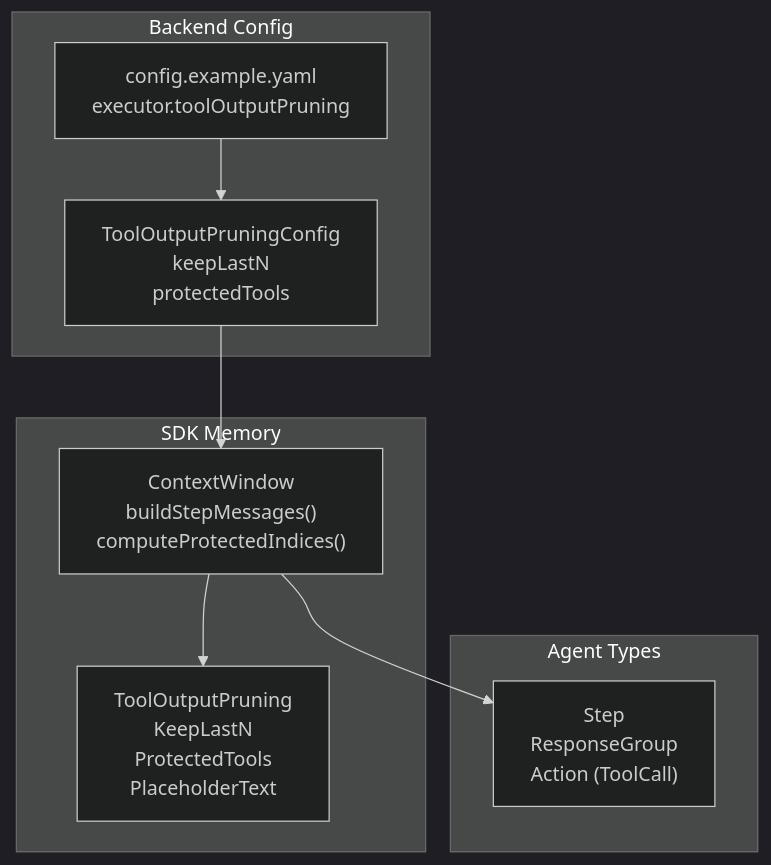
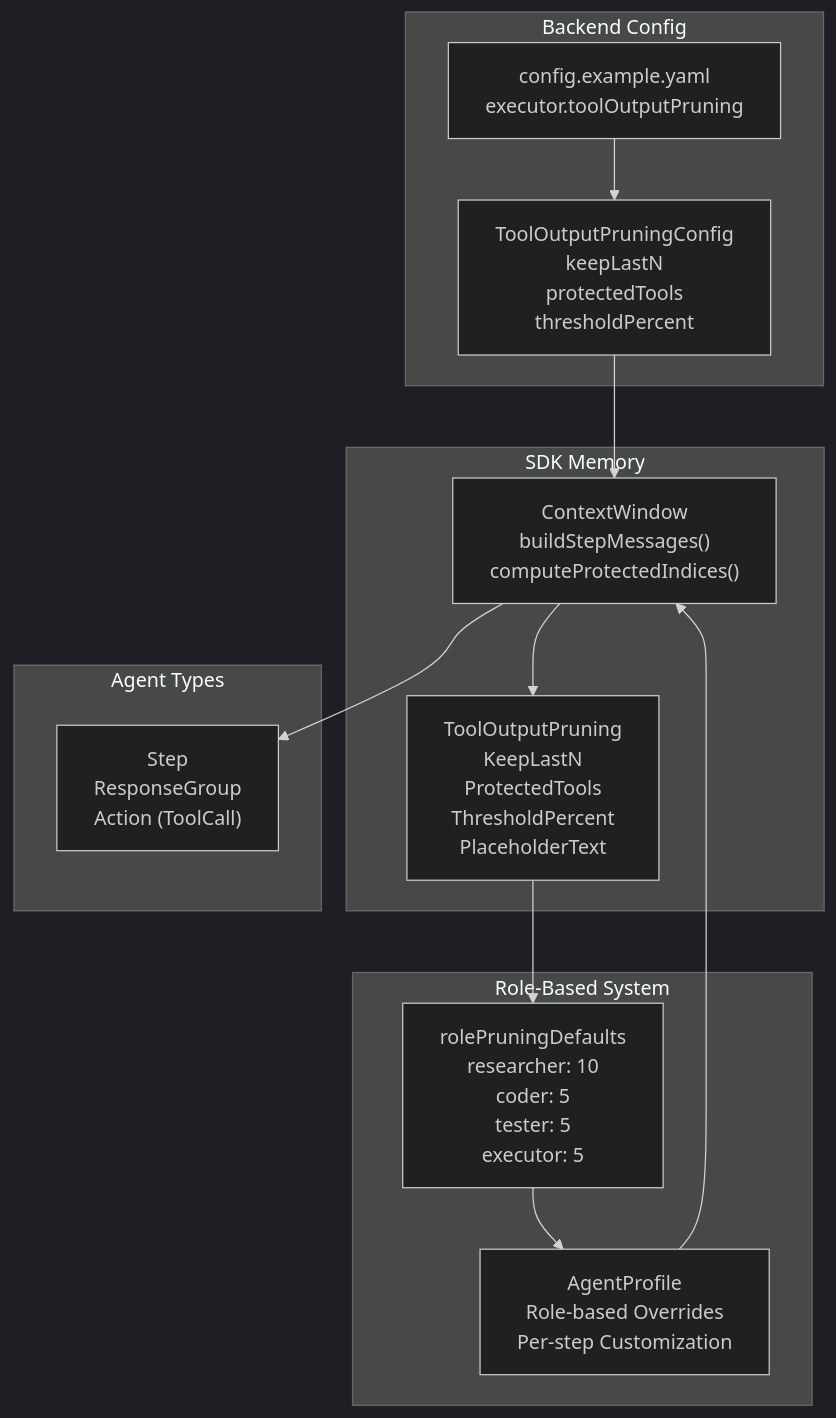
Before and after one commit to v0lka/c0wrk: the first of 5 diagrams in .qoder/repowiki/en/content/Memory and Context Management/Tool Output Pruning.md, drawn with Mermaid (dark theme). The commit also changed other lines of this file and 49 other files, not shown here.

````diff
--- a/.qoder/repowiki/en/content/Memory and Context Management/Tool Output Pruning.md
+++ b/.qoder/repowiki/en/content/Memory and Context Management/Tool Output Pruning.md
@@ -30,18 +40,25 @@
 ```mermaid
 graph TB
 subgraph "SDK Memory"
 CW["ContextWindow<br/>buildStepMessages()<br/>computeProtectedIndices()"]
-PRUNE["ToolOutputPruning<br/>KeepLastN<br/>ProtectedTools<br/>PlaceholderText"]
+PRUNE["ToolOutputPruning<br/>KeepLastN<br/>ProtectedTools<br/>ThresholdPercent<br/>PlaceholderText"]
 end
 subgraph "Agent Types"
 STEP["Step<br/>ResponseGroup<br/>Action (ToolCall)"]
 end
 subgraph "Backend Config"
-CFG["ToolOutputPruningConfig<br/>keepLastN<br/>protectedTools"]
+CFG["ToolOutputPruningConfig<br/>keepLastN<br/>protectedTools<br/>thresholdPercent"]
 EX["config.example.yaml<br/>executor.toolOutputPruning"]
+end
+subgraph "Role-Based System"
+ROLE["rolePruningDefaults<br/>researcher: 10<br/>coder: 5<br/>tester: 5<br/>executor: 5"]
+PROFILE["AgentProfile<br/>Role-based Overrides<br/>Per-step Customization"]
 end
 CW --> PRUNE
 CW --> STEP
 CFG --> CW
 EX --> CFG
+PRUNE --> ROLE
+ROLE --> PROFILE
+PROFILE --> CW
 ```
````
